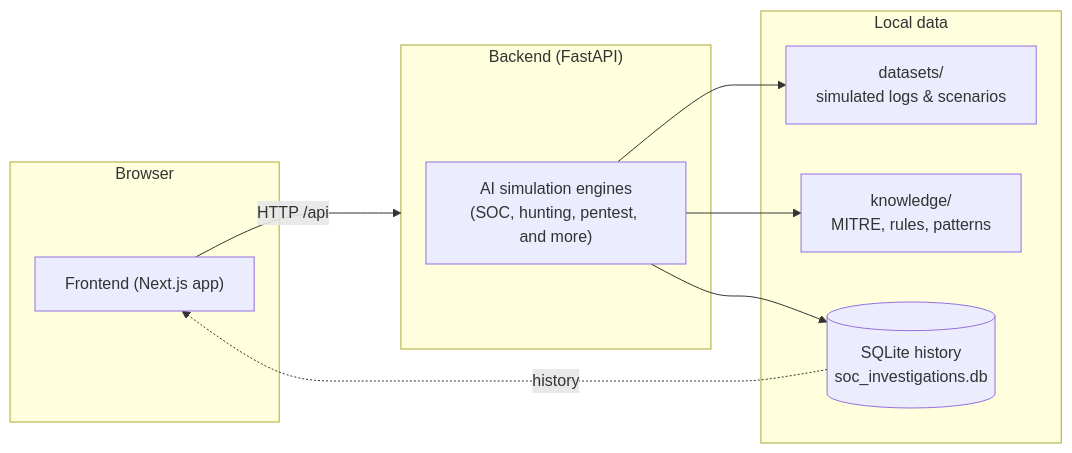
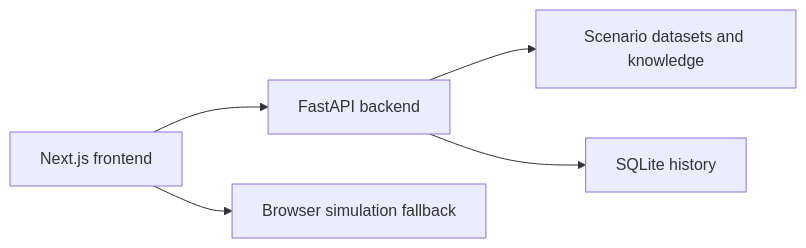
The second of 2 diagrams in README.md (recepbalibey/ai-cybersecurity-playground), drawn with Mermaid before and after one commit. The commit also changed other lines of this file and 139 other files, not shown here.

````diff
--- a/README.md
+++ b/README.md
@@ -109,22 +28,7 @@
 ```mermaid
 flowchart LR
-    subgraph Browser
-        UI["Frontend (Next.js app)"]
-    end
-
-    subgraph API["Backend (FastAPI)"]
-        ENGINES["AI simulation engines<br/>(SOC, hunting, pentest, and more)"]
-    end
-
-    subgraph Data["Local data"]
-        DS["datasets/<br/>simulated logs &amp; scenarios"]
-        DB[("SQLite history<br/>soc_investigations.db")]
-        KB["knowledge/<br/>MITRE, rules, patterns"]
-    end
-
-    UI -- "HTTP /api" --> API
-    ENGINES --> DS
-    ENGINES --> KB
-    ENGINES --> DB
-    DB -. history .-> UI
+    UI[Next.js frontend] --> API[FastAPI backend]
+    API --> Data[Scenario datasets and knowledge]
+    API --> DB[SQLite history]
+    UI --> Local[Browser simulation fallback]
 ```
````
